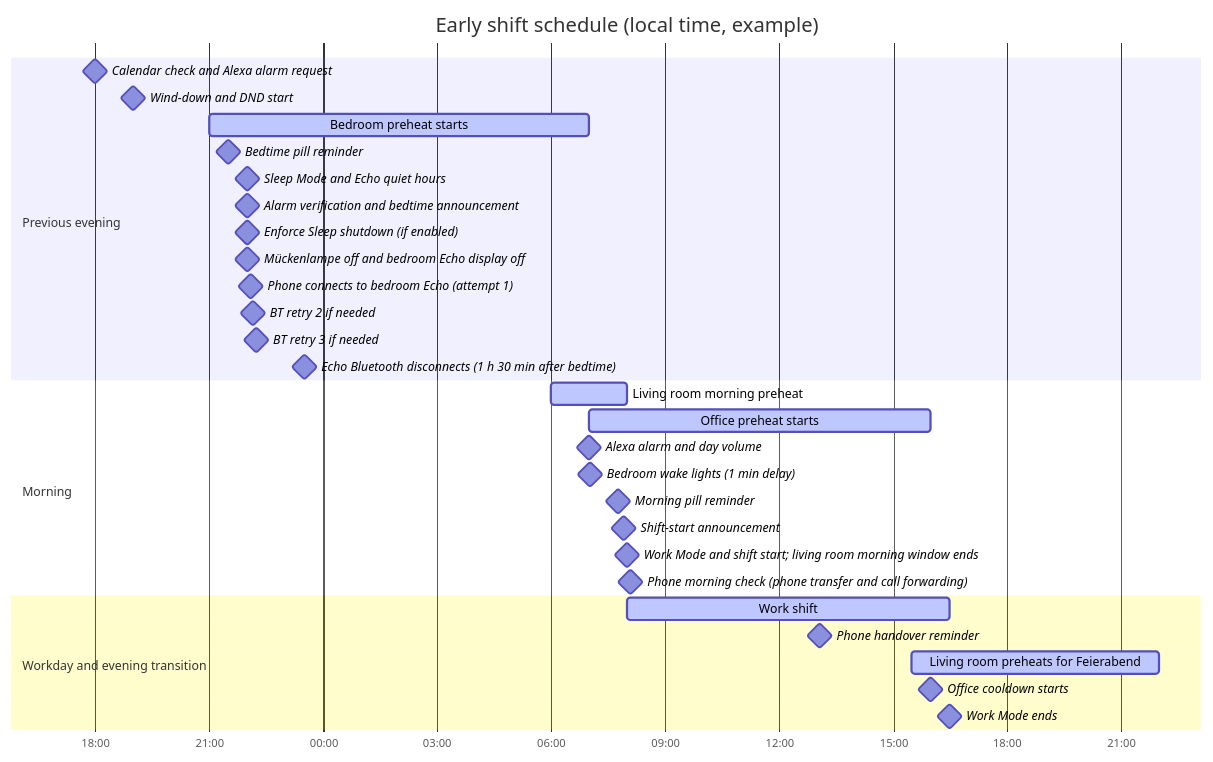
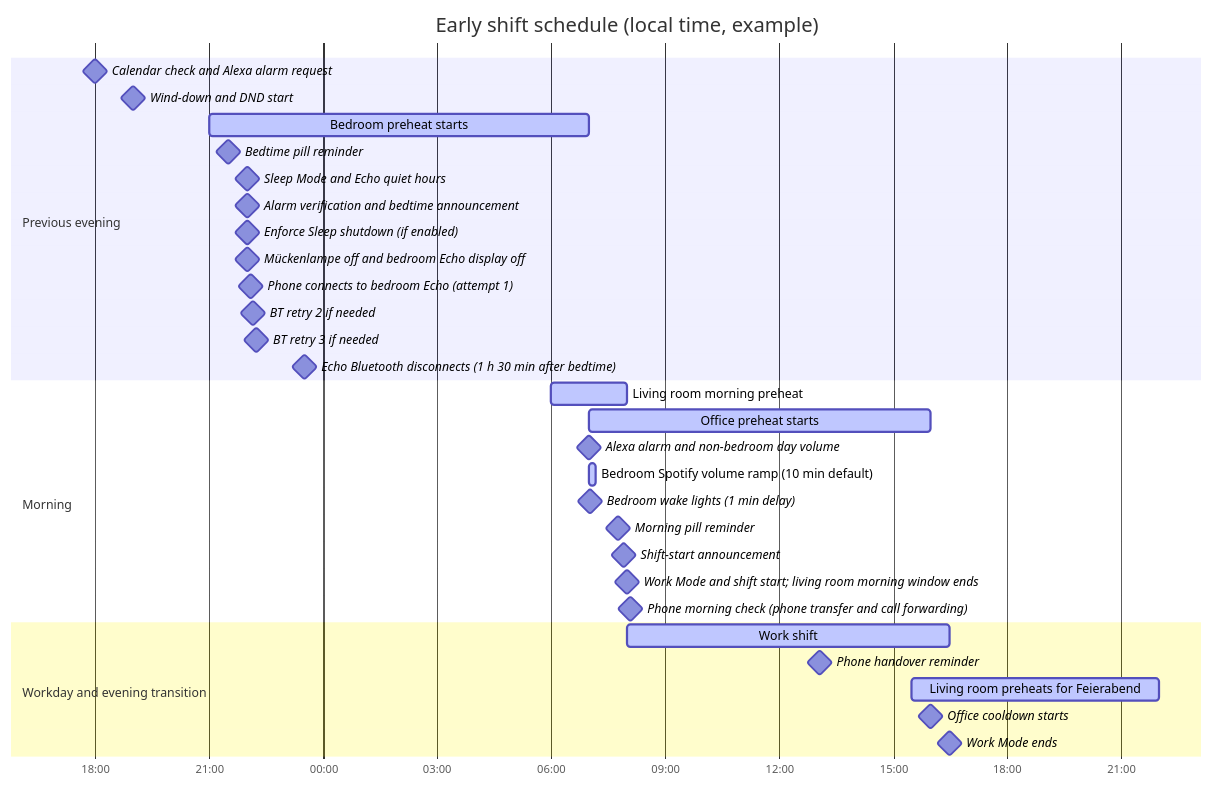
One commit to theniwo/homeassistant changed the third of 3 diagrams in README.md. Above: the diagram before and after it, drawn with Mermaid. The commit also changed other lines of this file and 6 other files, not shown here.

Commit message:
🔊 feat(echo): ramp bedroom alarm music volume

````diff
--- a/README.md
+++ b/README.md
@@ -194,34 +200,35 @@
 ```mermaid
 gantt
     title Early shift schedule (local time, example)
     dateFormat YYYY-MM-DD HH:mm
     axisFormat %H:%M
     section Previous evening
     Calendar check and Alexa alarm request :milestone, 2026-10-27 18:00, 0m
     Wind-down and DND start :milestone, 2026-10-27 19:00, 0m
     Bedroom preheat starts :active, 2026-10-27 21:00, 600m
     Bedtime pill reminder :milestone, 2026-10-27 21:30, 0m
     Sleep Mode and Echo quiet hours :milestone, 2026-10-27 22:00, 0m
     Alarm verification and bedtime announcement :milestone, 2026-10-27 22:00, 0m
     Enforce Sleep shutdown (if enabled) :milestone, 2026-10-27 22:00, 0m
     Mückenlampe off and bedroom Echo display off :milestone, 2026-10-27 22:00, 0m
     Phone connects to bedroom Echo (attempt 1) :milestone, 2026-10-27 22:05, 0m
     BT retry 2 if needed :milestone, 2026-10-27 22:10, 0m
     BT retry 3 if needed :milestone, 2026-10-27 22:15, 0m
     Echo Bluetooth disconnects (1 h 30 min after bedtime) :milestone, 2026-10-27 23:30, 0m
     section Morning
     Living room morning preheat :active, 2026-10-28 06:00, 120m
     Office preheat starts :active, 2026-10-28 07:00, 540m
-    Alexa alarm and day volume :milestone, 2026-10-28 07:00, 0m
+    Alexa alarm and non-bedroom day volume :milestone, 2026-10-28 07:00, 0m
+    Bedroom Spotify volume ramp (10 min default) :active, 2026-10-28 07:00, 10m
     Bedroom wake lights (1 min delay) :milestone, 2026-10-28 07:01, 0m
     Morning pill reminder :milestone, 2026-10-28 07:45, 0m
     Shift-start announcement :milestone, 2026-10-28 07:55, 0m
     Work Mode and shift start; living room morning window ends :milestone, 2026-10-28 08:00, 0m
     Phone morning check (phone transfer and call forwarding) :milestone, 2026-10-28 08:05, 0m
     section Workday and evening transition
     Work shift :active, 2026-10-28 08:00, 510m
     Phone handover reminder :milestone, 2026-10-28 13:05, 0m
     Living room preheats for Feierabend :active, 2026-10-28 15:30, 390m
     Office cooldown starts :milestone, 2026-10-28 16:00, 0m
     Work Mode ends :milestone, 2026-10-28 16:30, 0m
 ```
````
